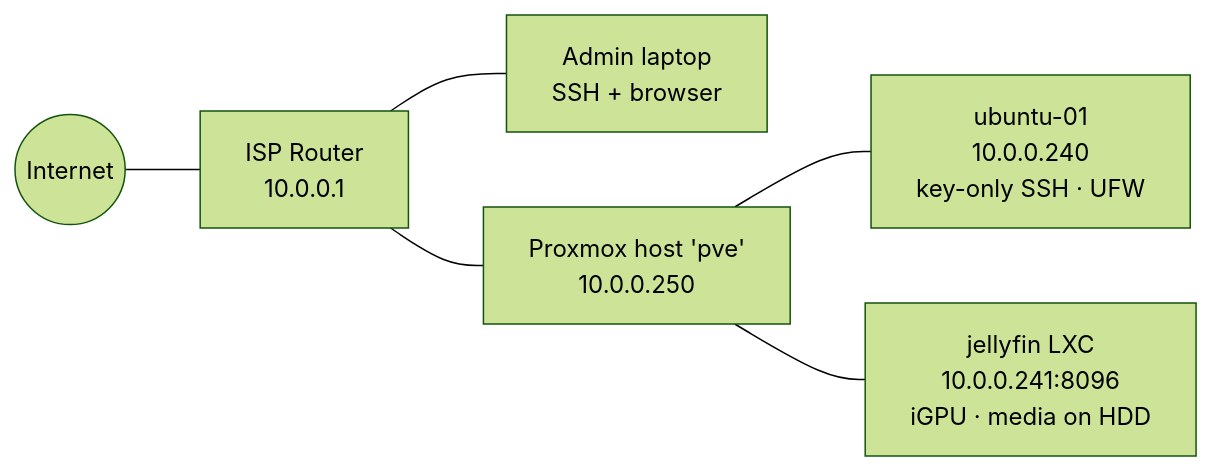
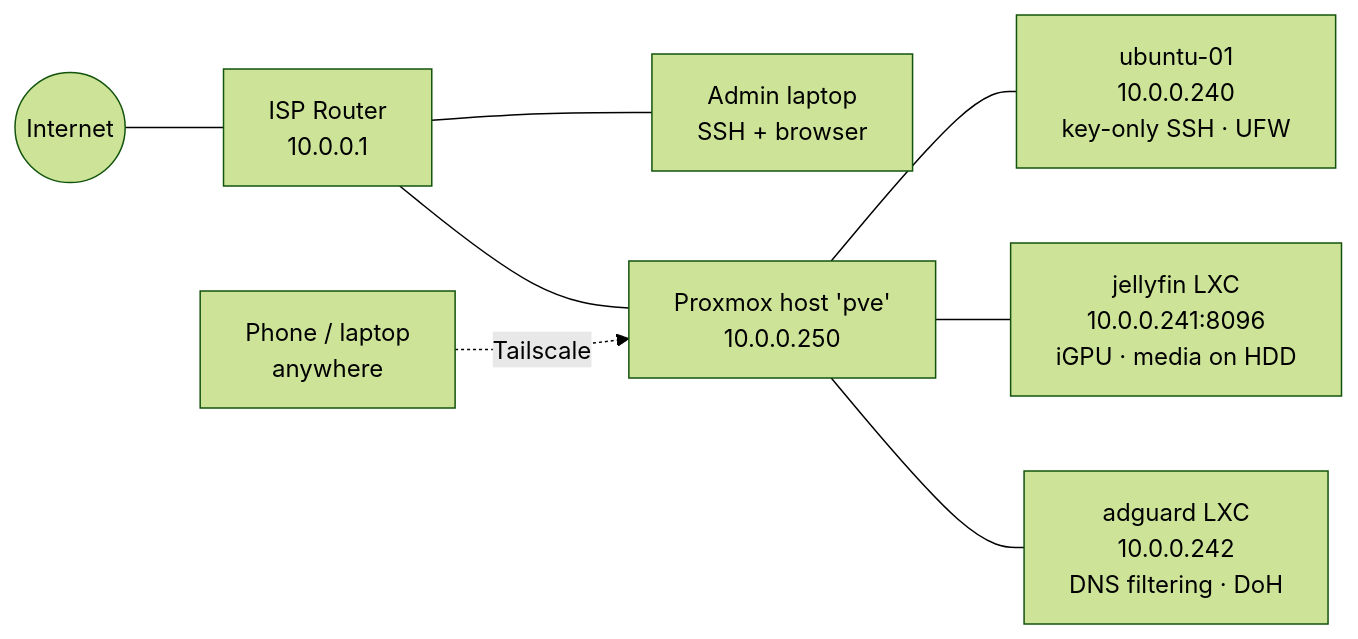
One commit to mikemcmillan-tech/HomeLab changed the diagram in README.md. Above: the diagram before and after it, drawn with Mermaid (forest theme). The commit also changed other lines of this file, not shown here.

````diff
--- a/README.md
+++ b/README.md
@@ -29,8 +29,10 @@
 ```mermaid
 flowchart LR
     Internet((Internet)) --- Router[ISP Router<br/>10.0.0.1]
     Router --- Laptop[Admin laptop<br/>SSH + browser]
     Router --- PVE[Proxmox host 'pve'<br/>10.0.0.250]
     PVE --- VM100[ubuntu-01<br/>10.0.0.240<br/>key-only SSH · UFW]
     PVE --- CT101[jellyfin LXC<br/>10.0.0.241:8096<br/>iGPU · media on HDD]
+    PVE --- CT102[adguard LXC<br/>10.0.0.242<br/>DNS filtering · DoH]
+    Remote[Phone / laptop<br/>anywhere] -. Tailscale .-> PVE
 ```
````
